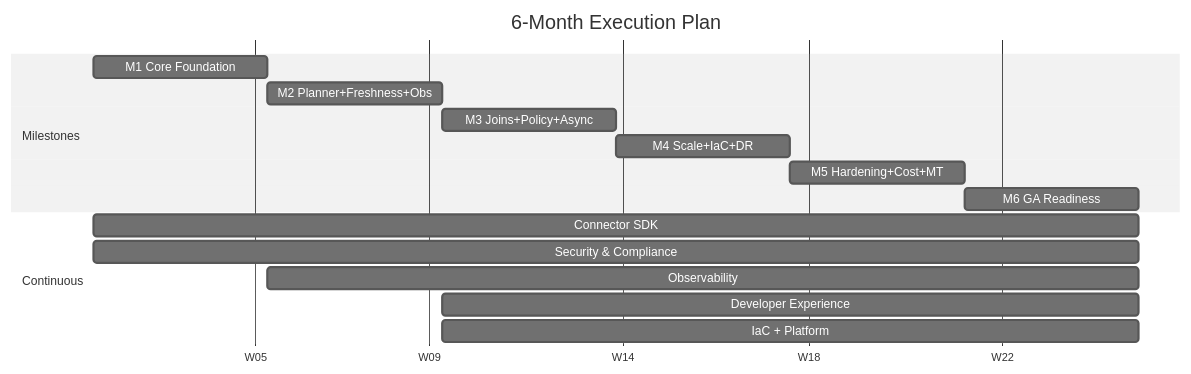
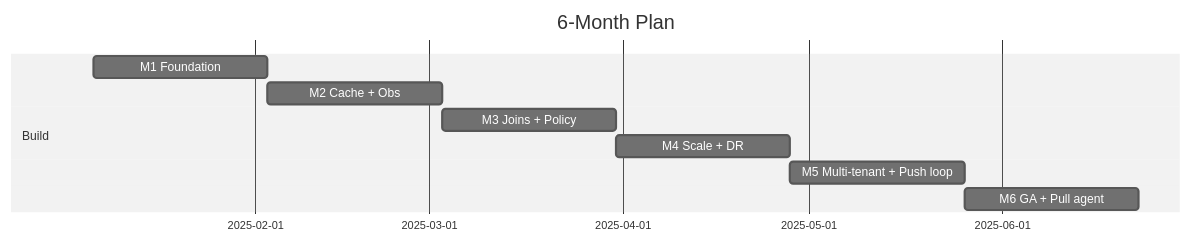
The diagram in PLAN_OF_ACTION.md (shobsdroid/universal-sql), drawn with Mermaid (neutral theme) before and after one commit. The commit also changed other lines of this file and 1 other file, not shown here.

````diff
--- a/PLAN_OF_ACTION.md
+++ b/PLAN_OF_ACTION.md
@@ -29,19 +118,12 @@
 ```mermaid
 gantt
-    title 6-Month Execution Plan
+    title 6-Month Plan
     dateFormat YYYY-MM-DD
-    axisFormat W%V
-    section Milestones
-    M1 Core Foundation       :m1, 2025-01-06, 4w
-    M2 Planner+Freshness+Obs :m2, after m1, 4w
-    M3 Joins+Policy+Async    :m3, after m2, 4w
-    M4 Scale+IaC+DR          :m4, after m3, 4w
-    M5 Hardening+Cost+MT     :m5, after m4, 4w
-    M6 GA Readiness          :m6, after m5, 4w
-    section Continuous
-    Connector SDK             :sdk,  2025-01-06, 24w
-    Security & Compliance     :sec,  2025-01-06, 24w
-    Observability             :obs,  after m1, 20w
-    Developer Experience      :dx,   after m2, 16w
-    IaC + Platform            :iac,  after m2, 16w
+    section Build
+    M1 Foundation       :m1, 2025-01-06, 4w
+    M2 Cache + Obs      :m2, after m1, 4w
+    M3 Joins + Policy   :m3, after m2, 4w
+    M4 Scale + DR       :m4, after m3, 4w
+    M5 Multi-tenant + Push loop :m5, after m4, 4w
+    M6 GA + Pull agent          :m6, after m5, 4w
 ```
````
